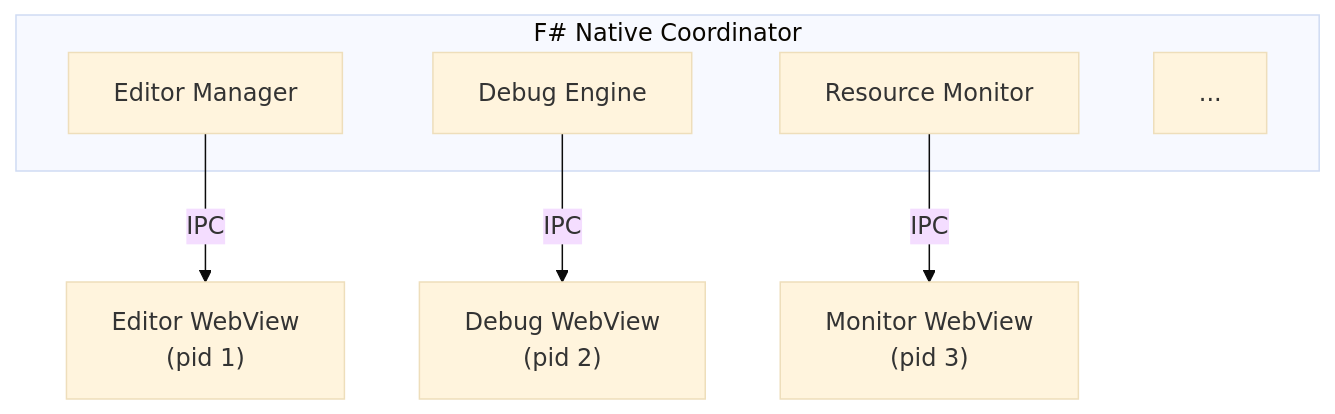
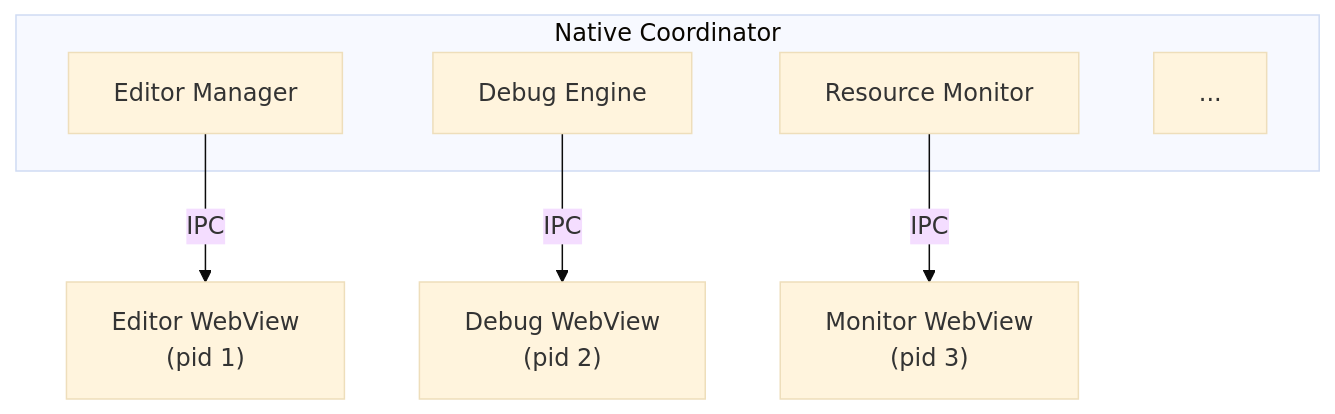
One commit to FidelityFramework/Atelier changed the second of 4 diagrams in docs/04_multi_webview.md. Above: the diagram before and after it, drawn with Mermaid (base theme). The commit also changed other lines of this file and 23 other files, not shown here.

````diff
--- a/docs/04_multi_webview.md
+++ b/docs/04_multi_webview.md
@@ -30,17 +30,17 @@
 ```mermaid
 flowchart TB
-    subgraph coordinator["F# Native Coordinator"]
+    subgraph coordinator["Native Coordinator"]
         editormgr["Editor Manager"]
         debugeng["Debug Engine"]
         resmgr["Resource Monitor"]
         more["..."]
     end
 
     editorwv["Editor WebView<br/>(pid 1)"]
     debugwv["Debug WebView<br/>(pid 2)"]
     monitorwv["Monitor WebView<br/>(pid 3)"]
 
     editormgr -->|IPC| editorwv
     debugeng -->|IPC| debugwv
     resmgr -->|IPC| monitorwv
 ```
````
